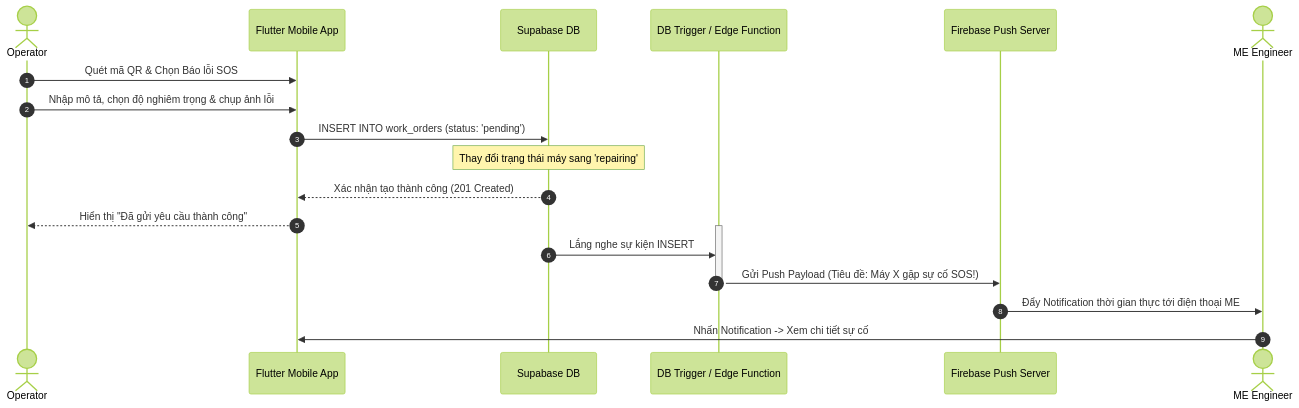
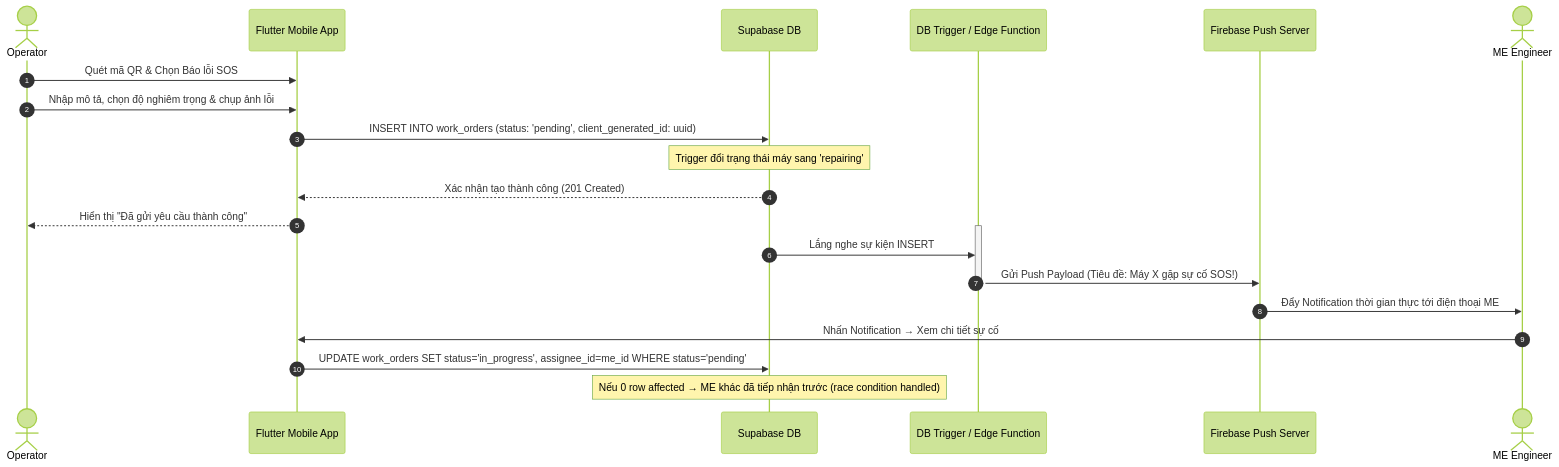
The fourth of 11 diagrams in system_design.md (pvduy23052005/cse441-mobile-asset-track), drawn with Mermaid (forest theme) before and after one commit. The commit also changed other lines of this file and 1 other file, not shown here.

````diff
--- a/system_design.md
+++ b/system_design.md
@@ -126,24 +143,26 @@
 ```mermaid
 sequenceDiagram
     autonumber
     actor OP as Operator
     participant App as Flutter Mobile App
     participant DB as Supabase DB
     participant Trigger as DB Trigger / Edge Function
     participant FCM as Firebase Push Server
     actor ME as ME Engineer
 
     OP->>App: Quét mã QR & Chọn Báo lỗi SOS
     OP->>App: Nhập mô tả, chọn độ nghiêm trọng & chụp ảnh lỗi
-    App->>DB: INSERT INTO work_orders (status: 'pending')
-    Note over DB: Thay đổi trạng thái máy sang 'repairing'
+    App->>DB: INSERT INTO work_orders (status: 'pending', client_generated_id: uuid)
+    Note over DB: Trigger đổi trạng thái máy sang 'repairing'
     DB-->>App: Xác nhận tạo thành công (201 Created)
     App-->>OP: Hiển thị "Đã gửi yêu cầu thành công"
 
     activate Trigger
     DB->>Trigger: Lắng nghe sự kiện INSERT
     Trigger->>FCM: Gửi Push Payload (Tiêu đề: Máy X gặp sự cố SOS!)
     deactivate Trigger
     FCM->>ME: Đẩy Notification thời gian thực tới điện thoại ME
-    ME->>App: Nhấn Notification -> Xem chi tiết sự cố
+    ME->>App: Nhấn Notification → Xem chi tiết sự cố
+    App->>DB: UPDATE work_orders SET status='in_progress', assignee_id=me_id WHERE status='pending'
+    Note over DB: Nếu 0 row affected → ME khác đã tiếp nhận trước (race condition handled)
 ```
````
